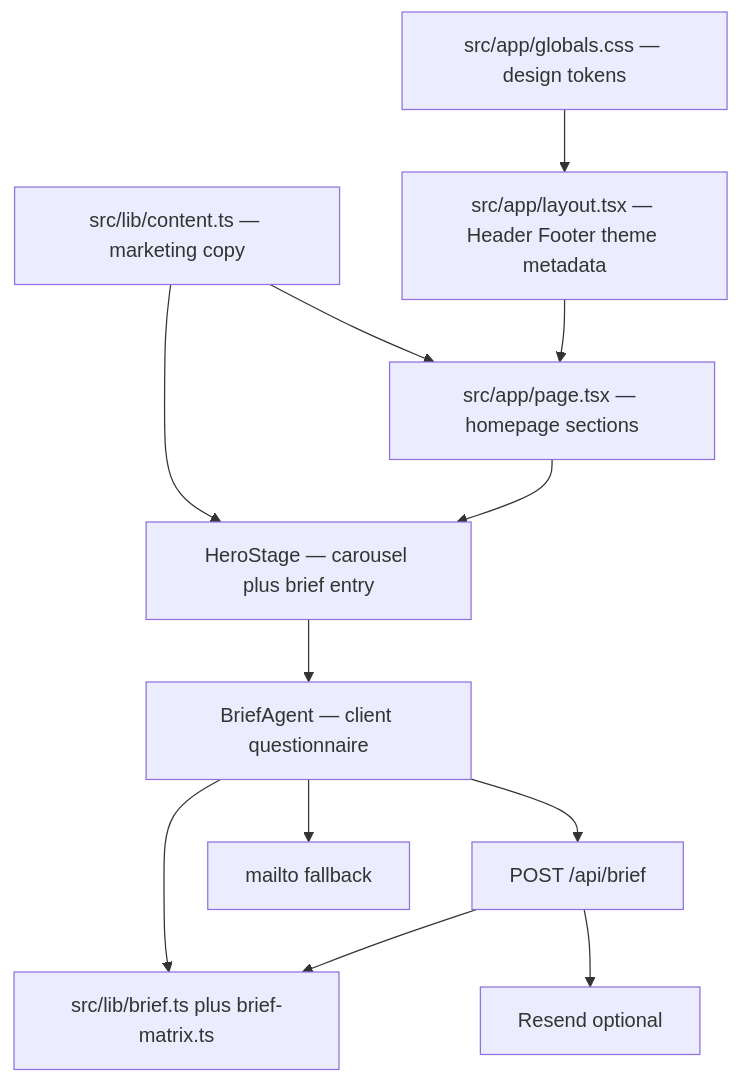
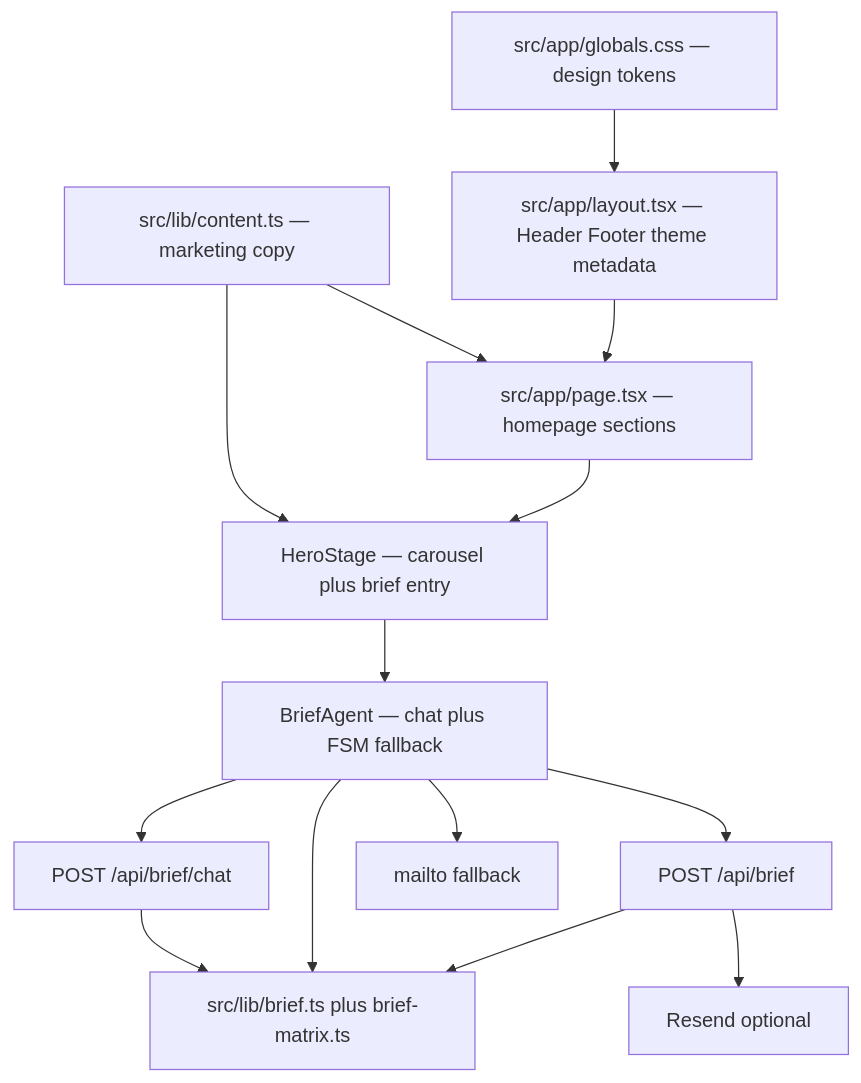
One commit to Neora-Labs/neora-labs changed the diagram in AGENTS.md. Above: the diagram before and after it, drawn with Mermaid. The commit also changed other lines of this file and 12 other files, not shown here.

First line of the commit message:
feat: add agentic brief chat with studio empty state

````diff
--- a/AGENTS.md
+++ b/AGENTS.md
@@ -11,25 +11,28 @@
 ```mermaid
 flowchart TB
   layout["src/app/layout.tsx — Header Footer theme metadata"]
   page["src/app/page.tsx — homepage sections"]
   content["src/lib/content.ts — marketing copy"]
   tokens["src/app/globals.css — design tokens"]
   hero["HeroStage — carousel plus brief entry"]
-  briefUi["BriefAgent — client questionnaire"]
+  briefUi["BriefAgent — chat plus FSM fallback"]
   briefLib["src/lib/brief.ts plus brief-matrix.ts"]
+  chatApi["POST /api/brief/chat"]
   api["POST /api/brief"]
   resend["Resend optional"]
   mailto["mailto fallback"]
 
   content --> page
   content --> hero
   tokens --> layout
   layout --> page
   page --> hero
   hero --> briefUi
+  briefUi --> chatApi
+  chatApi --> briefLib
   briefUi --> briefLib
   briefUi --> api
   api --> briefLib
   api --> resend
   briefUi --> mailto
 ```
````
